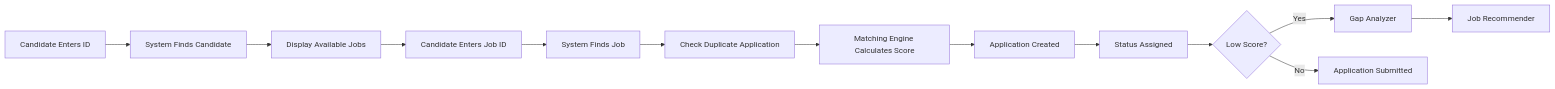
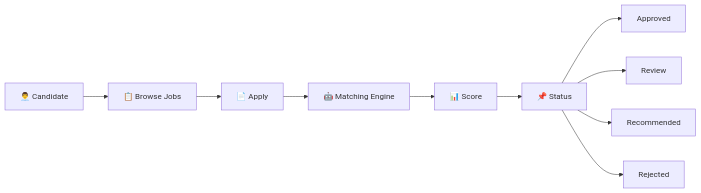
Before and after one commit to Muhammad-Sami-Ullah53/AI_Based_Mini_Linkedin: the third of 4 diagrams in README.md, drawn with Mermaid. The commit also changed other lines of this file, not shown here.

````diff
--- a/README.md
+++ b/README.md
@@ -508,16 +584,23 @@
 ```mermaid
 flowchart LR
 
-A[Candidate Enters ID] --> B[System Finds Candidate]
-B --> C[Display Available Jobs]
-C --> D[Candidate Enters Job ID]
-D --> E[System Finds Job]
-E --> F[Check Duplicate Application]
-F --> G[Matching Engine Calculates Score]
-G --> H[Application Created]
-H --> I[Status Assigned]
-I --> J{Low Score?}
-J -->|Yes| K[Gap Analyzer]
-K --> L[Job Recommender]
-J -->|No| M[Application Submitted]
+A[👨‍💼 Candidate]
+
+--> B[📋 Browse Jobs]
+
+--> C[📄 Apply]
+
+--> D[🤖 Matching Engine]
+
+--> E[📊 Score]
+
+--> F[📌 Status]
+
+F --> G[Approved]
+
+F --> H[Review]
+
+F --> I[Recommended]
+
+F --> J[Rejected]
 ```
````
